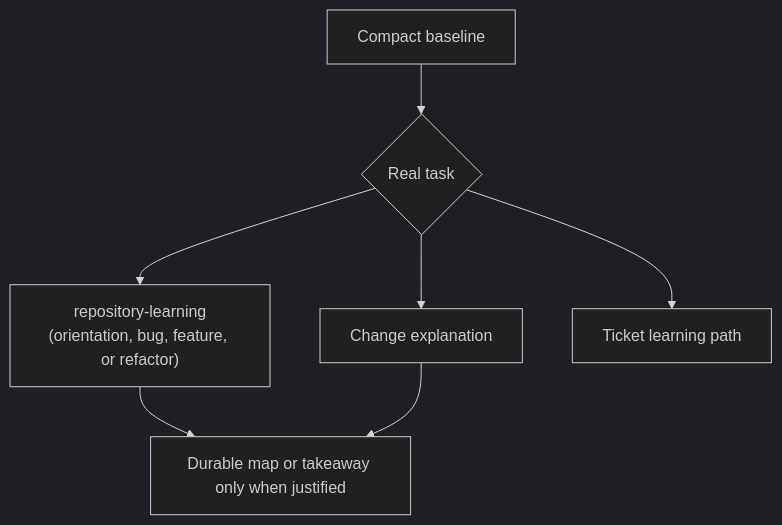
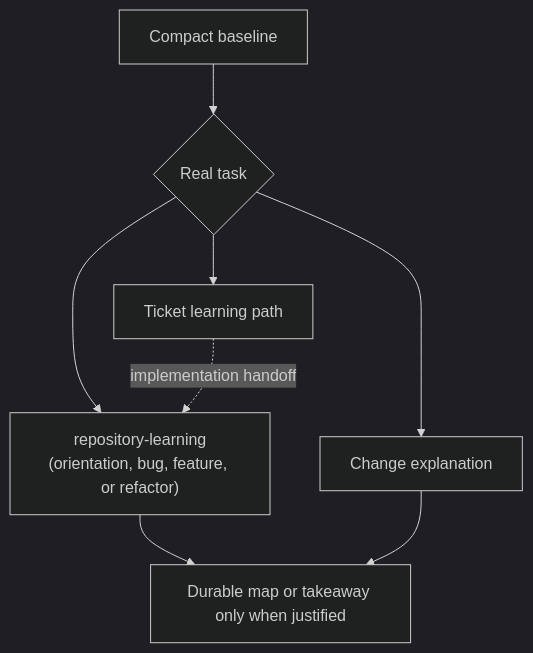
Before and after one commit to legrab/codebase-learning-flow: the diagram in sample/profiles/full/learning-flow/README.md, drawn with Mermaid (dark theme). The commit also changed 6 other files, not shown here.

````diff
--- a/sample/profiles/full/learning-flow/README.md
+++ b/sample/profiles/full/learning-flow/README.md
@@ -5,9 +5,10 @@
 ```mermaid
 flowchart TB
     B[Compact baseline] --> T{Real task}
     T --> L["repository-learning<br/>(orientation, bug, feature, or refactor)"]
     T --> X[Change explanation]
     T --> P[Ticket learning path]
+    P -. implementation handoff .-> L
     L --> K[Durable map or takeaway only when justified]
     X --> K
 ```
````
